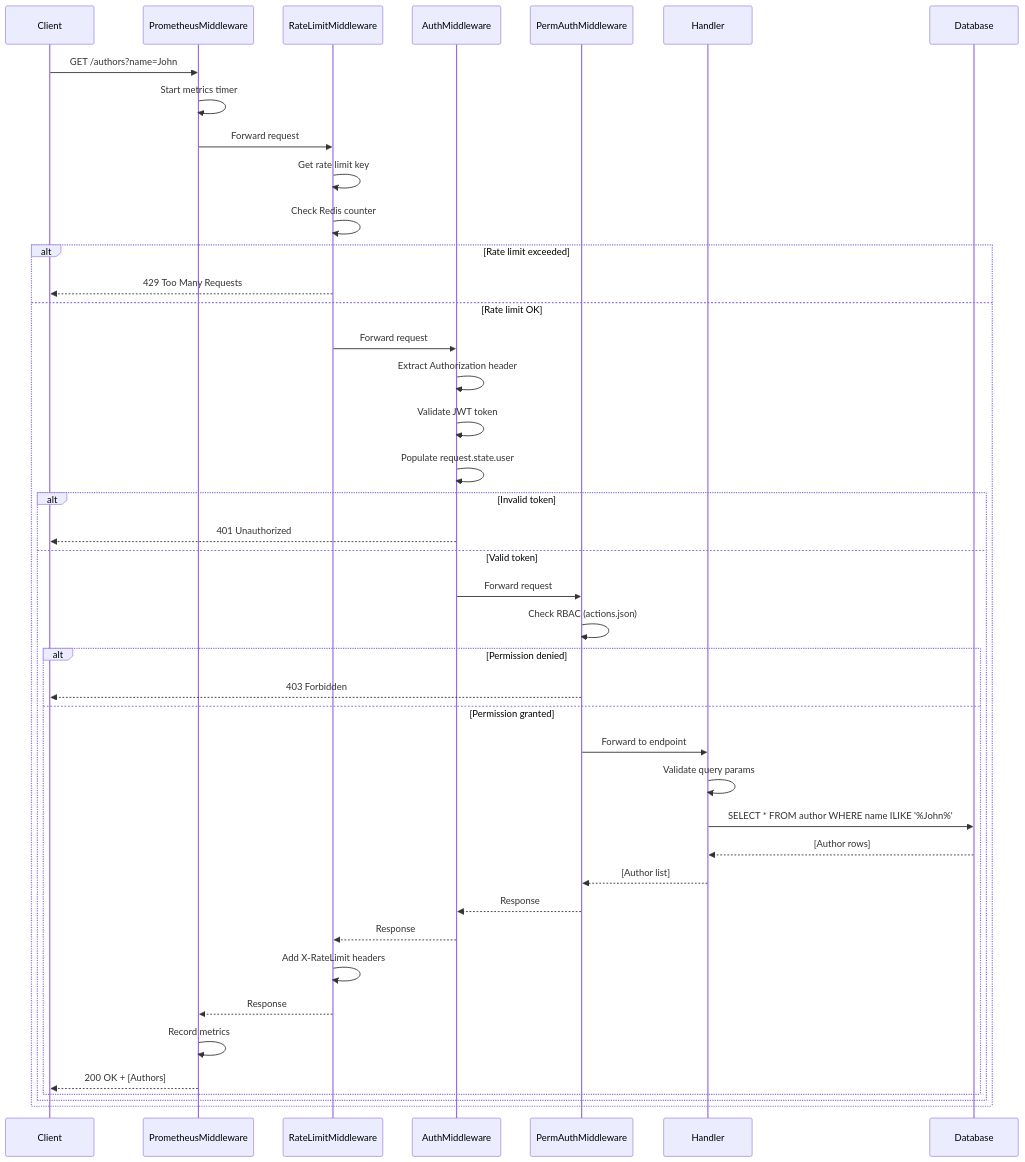
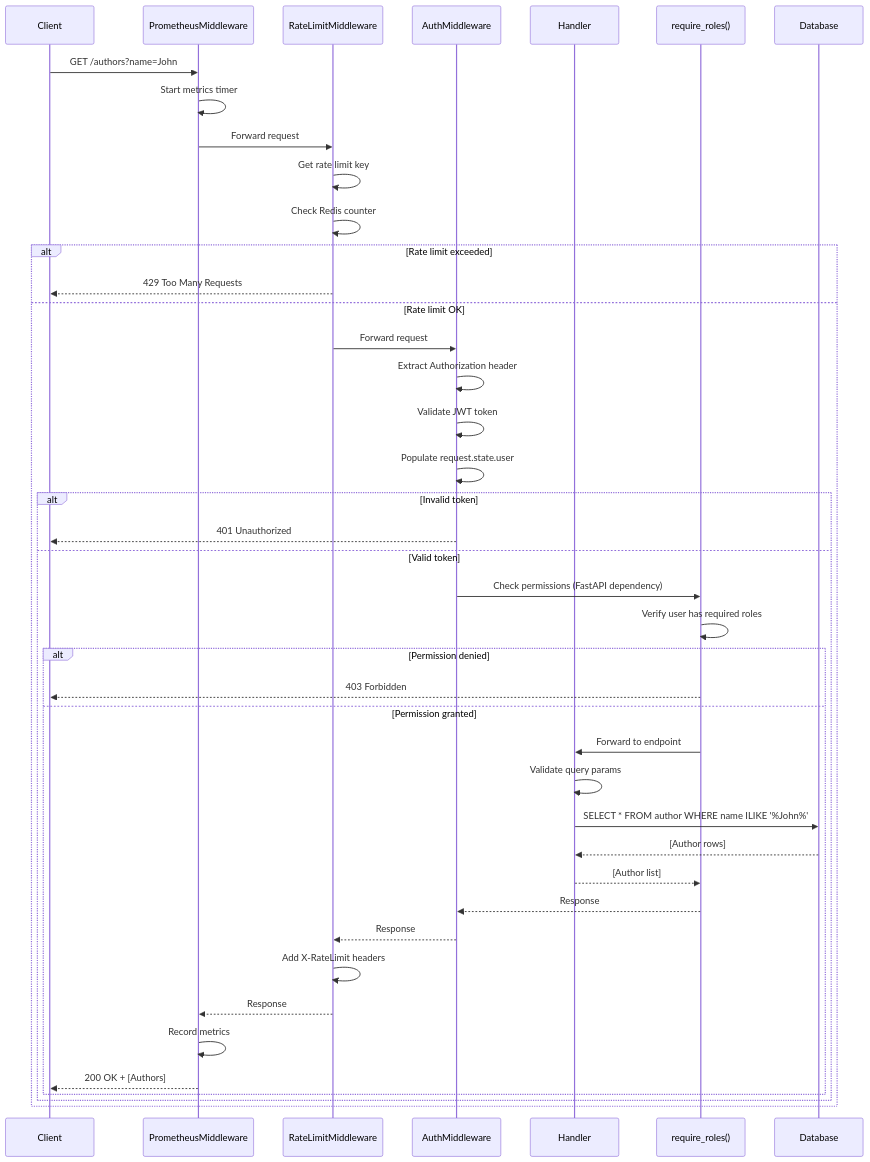
One commit to acikabubo/fastapi-http-websocket changed the third of 12 diagrams in docs/architecture/SEQUENCE_DIAGRAMS.md. Above: the diagram before and after it, drawn with Mermaid. The commit also changed 16 other files, not shown here.

First line of the commit message:
docs: Remove all actions.json references and clean up RBAC documentation

````diff
--- a/docs/architecture/SEQUENCE_DIAGRAMS.md
+++ b/docs/architecture/SEQUENCE_DIAGRAMS.md
@@ -61,52 +61,52 @@
 ```mermaid
 sequenceDiagram
     participant Client
     participant PrometheusMiddleware
     participant RateLimitMiddleware
     participant AuthMiddleware
-    participant PermAuthMiddleware
     participant Handler
+    participant RBACDependency as require_roles()
     participant Database
 
     Client->>PrometheusMiddleware: GET /authors?name=John
     PrometheusMiddleware->>PrometheusMiddleware: Start metrics timer
     PrometheusMiddleware->>RateLimitMiddleware: Forward request
 
     RateLimitMiddleware->>RateLimitMiddleware: Get rate limit key
     RateLimitMiddleware->>RateLimitMiddleware: Check Redis counter
 
     alt Rate limit exceeded
         RateLimitMiddleware-->>Client: 429 Too Many Requests
     else Rate limit OK
         RateLimitMiddleware->>AuthMiddleware: Forward request
 
         AuthMiddleware->>AuthMiddleware: Extract Authorization header
         AuthMiddleware->>AuthMiddleware: Validate JWT token
         AuthMiddleware->>AuthMiddleware: Populate request.state.user
 
         alt Invalid token
             AuthMiddleware-->>Client: 401 Unauthorized
         else Valid token
-            AuthMiddleware->>PermAuthMiddleware: Forward request
+            AuthMiddleware->>RBACDependency: Check permissions (FastAPI dependency)
 
-            PermAuthMiddleware->>PermAuthMiddleware: Check RBAC (actions.json)
+            RBACDependency->>RBACDependency: Verify user has required roles
 
             alt Permission denied
-                PermAuthMiddleware-->>Client: 403 Forbidden
+                RBACDependency-->>Client: 403 Forbidden
             else Permission granted
-                PermAuthMiddleware->>Handler: Forward to endpoint
+                RBACDependency->>Handler: Forward to endpoint
 
                 Handler->>Handler: Validate query params
                 Handler->>Database: SELECT * FROM author WHERE name ILIKE '%John%'
                 Database-->>Handler: [Author rows]
-                Handler-->>PermAuthMiddleware: [Author list]
-                PermAuthMiddleware-->>AuthMiddleware: Response
+                Handler-->>RBACDependency: [Author list]
+                RBACDependency-->>AuthMiddleware: Response
                 AuthMiddleware-->>RateLimitMiddleware: Response
                 RateLimitMiddleware->>RateLimitMiddleware: Add X-RateLimit headers
                 RateLimitMiddleware-->>PrometheusMiddleware: Response
                 PrometheusMiddleware->>PrometheusMiddleware: Record metrics
                 PrometheusMiddleware-->>Client: 200 OK + [Authors]
             end
         end
     end
 ```
````
